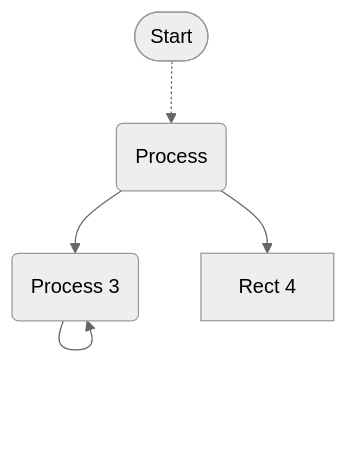
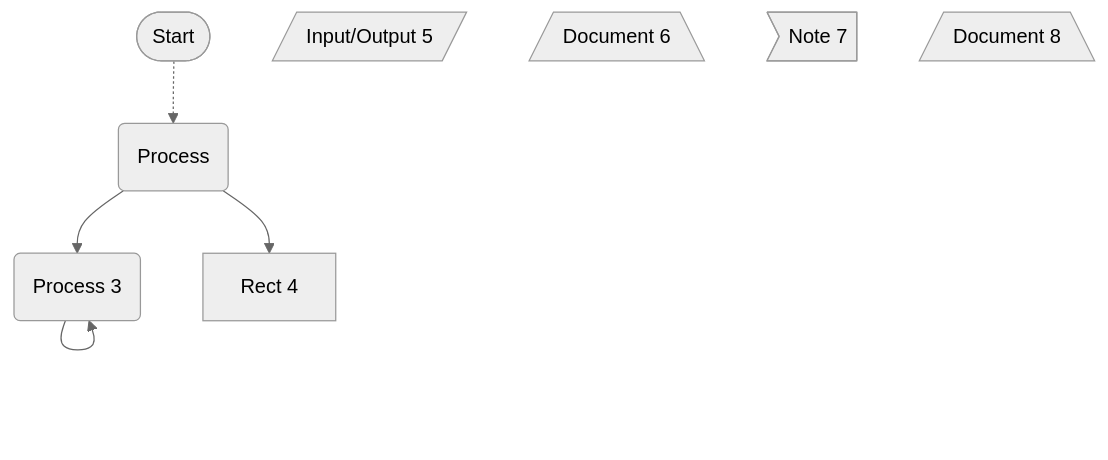
The diagram in mmd/流程图_3c82e5dc-80e4-4b41-a50d-f90f98ff5790.mmd (pingpm/mermaid_vault), drawn with Mermaid (neutral theme) before and after one commit. The commit also changed 2 other files, not shown here.

Commit message:
Sync Mermaid Studio data (12 diagrams)

```diff
--- a/mmd/流程图_3c82e5dc-80e4-4b41-a50d-f90f98ff5790.mmd
+++ b/mmd/流程图_3c82e5dc-80e4-4b41-a50d-f90f98ff5790.mmd
@@ -1,9 +1,13 @@
 graph TD
   start(["Start"])
   1("Process")
   2b55b8de-e64f-48f1-a8b6-94cca48b33d2("Process 3")
   f836676b-fb2c-4936-a911-d066d325c8e0["Rect 4"]
+  7f7d8cb8-27fd-45d9-8d2e-dd3c2a474f13[/"Input/Output 5"/]
+  c08d4eab-03ff-4bb2-8d24-cee61d141f9d[/"Document 6"\]
+  cacbf4fd-8267-4e6e-acf7-b18af6489a9a>"Note 7"]
+  34b56764-0d96-4aae-a160-b1c1707fb3df[/"Document 8"\]
   start -.-> 1
   2b55b8de-e64f-48f1-a8b6-94cca48b33d2 --> 2b55b8de-e64f-48f1-a8b6-94cca48b33d2
   1 --> 2b55b8de-e64f-48f1-a8b6-94cca48b33d2
   1 --> f836676b-fb2c-4936-a911-d066d325c8e0
```
